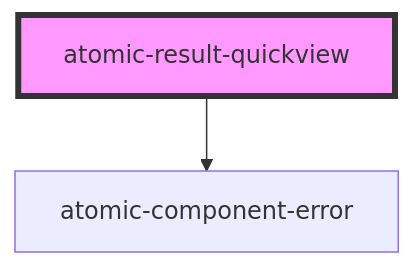
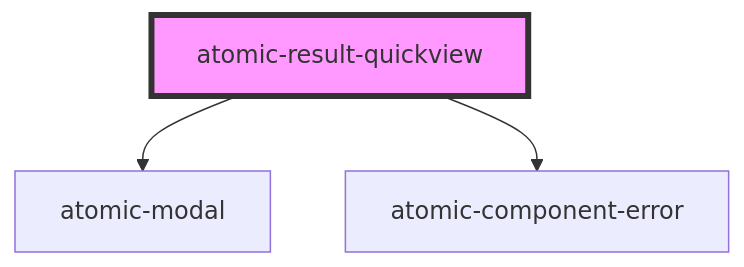
The diagram in packages/atomic/src/components/result-template-components/atomic-result-quickview/readme.md (coveo/ui-kit), drawn with Mermaid before and after one commit. The commit also changed other lines of this file and 2 other files, not shown here.

Commit message:
generate readme.md files
https://coveord.atlassian.net/browse/KIT-570

````diff
--- a/packages/atomic/src/components/result-template-components/atomic-result-quickview/readme.md
+++ b/packages/atomic/src/components/result-template-components/atomic-result-quickview/readme.md
@@ -15,5 +16,6 @@
 ```mermaid
 graph TD;
+  atomic-result-quickview --> atomic-modal
   atomic-result-quickview --> atomic-component-error
   style atomic-result-quickview fill:#f9f,stroke:#333,stroke-width:4px
 ```
````
